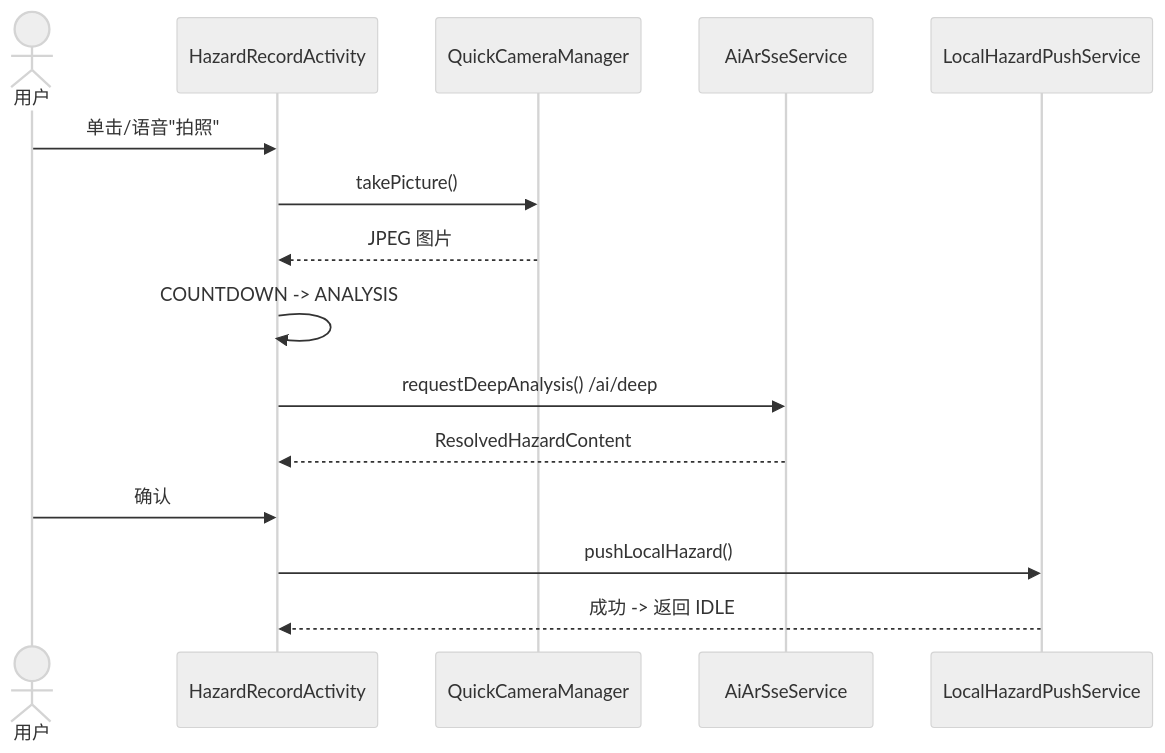
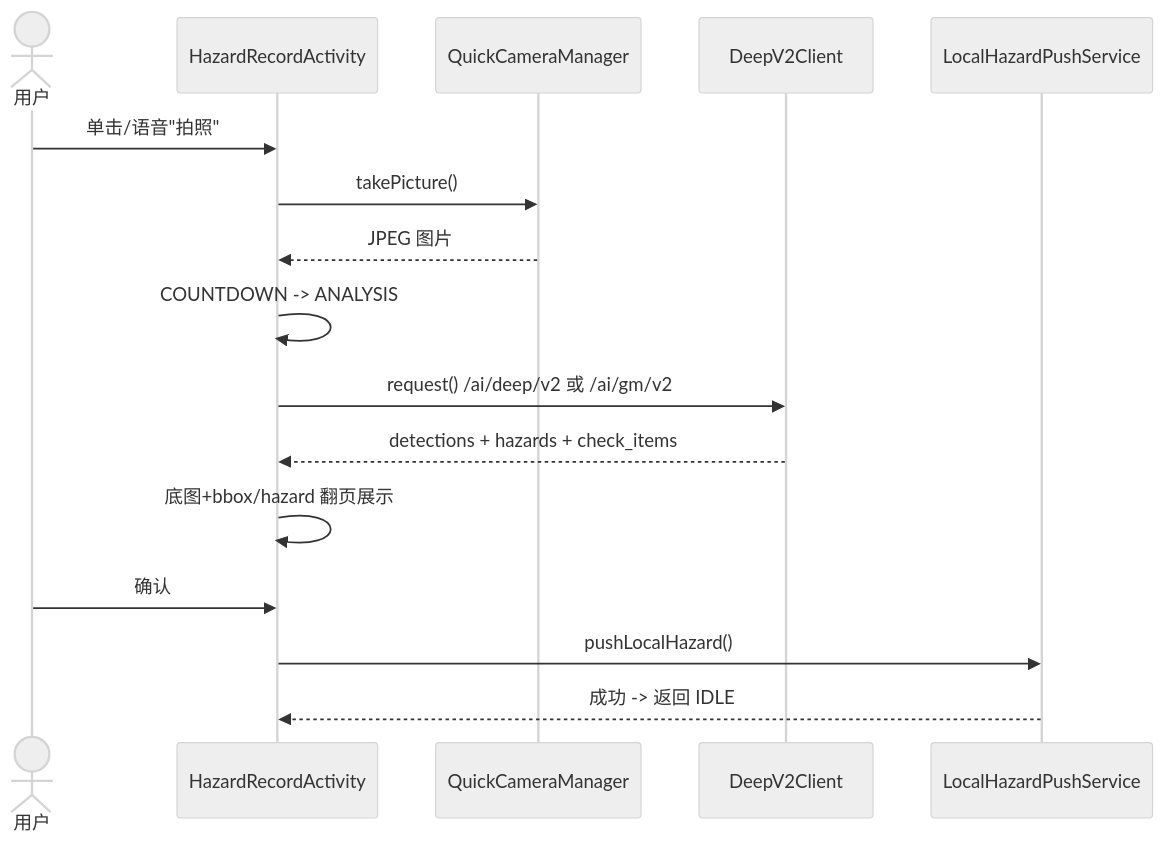
One commit to WuChaoli/HiddenRiskGlass changed the seventh of 9 diagrams in docs/CODEMAPS.md. Above: the diagram before and after it, drawn with Mermaid (neutral theme). The commit also changed other lines of this file and 3 other files, not shown here.

````diff
--- a/docs/CODEMAPS.md
+++ b/docs/CODEMAPS.md
@@ -277,18 +277,19 @@
 ```mermaid
 sequenceDiagram
     actor User as 用户
     participant HR as HazardRecordActivity
     participant Camera as QuickCameraManager
-    participant SSE as AiArSseService
+    participant V2 as DeepV2Client
     participant Push as LocalHazardPushService
 
     User->>HR: 单击/语音"拍照"
     HR->>Camera: takePicture()
     Camera-->>HR: JPEG 图片
     HR->>HR: COUNTDOWN -> ANALYSIS
-    HR->>SSE: requestDeepAnalysis() /ai/deep
-    SSE-->>HR: ResolvedHazardContent
+    HR->>V2: request() /ai/deep/v2 或 /ai/gm/v2
+    V2-->>HR: detections + hazards + check_items
+    HR->>HR: 底图+bbox/hazard 翻页展示
     User->>HR: 确认
     HR->>Push: pushLocalHazard()
     Push-->>HR: 成功 -> 返回 IDLE
 ```
````
